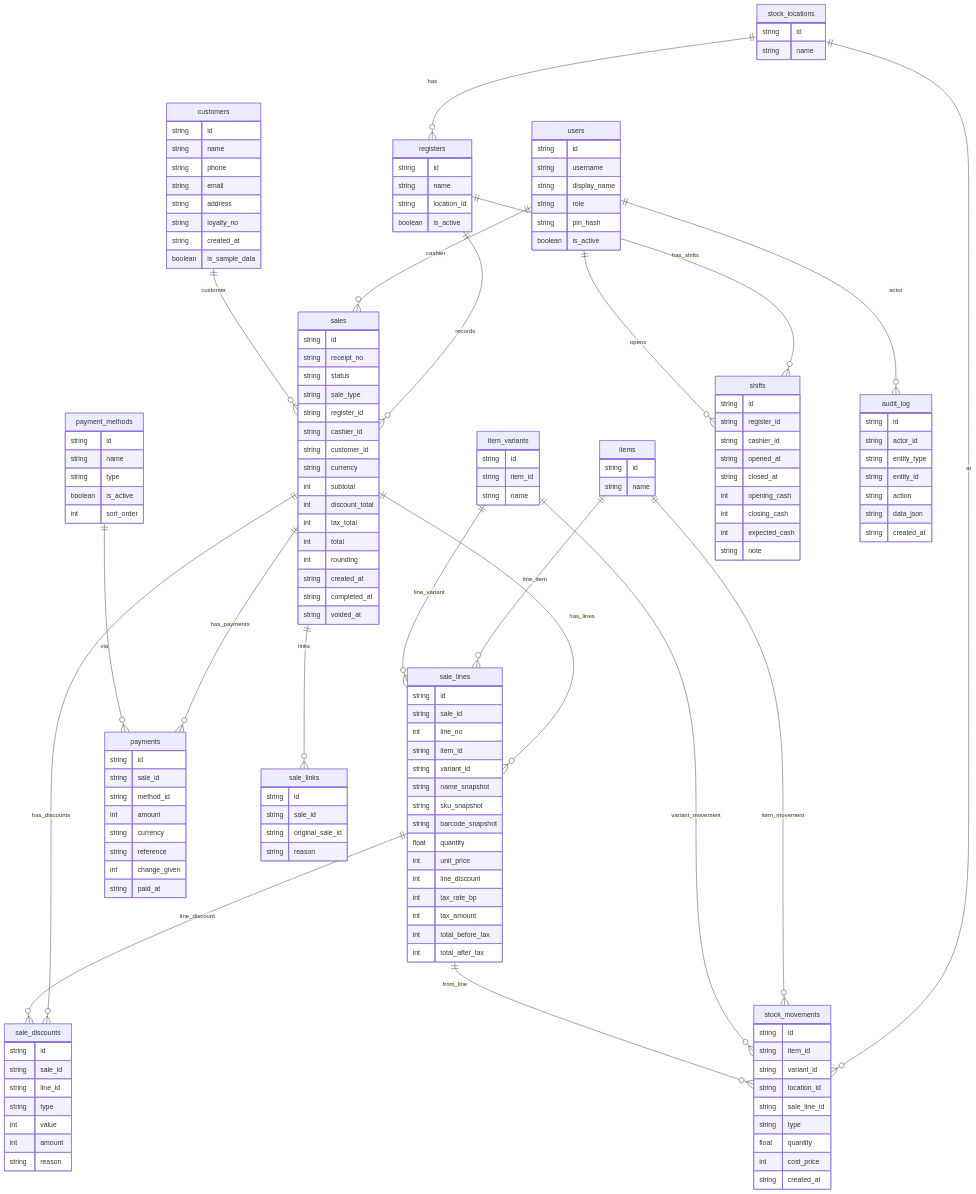
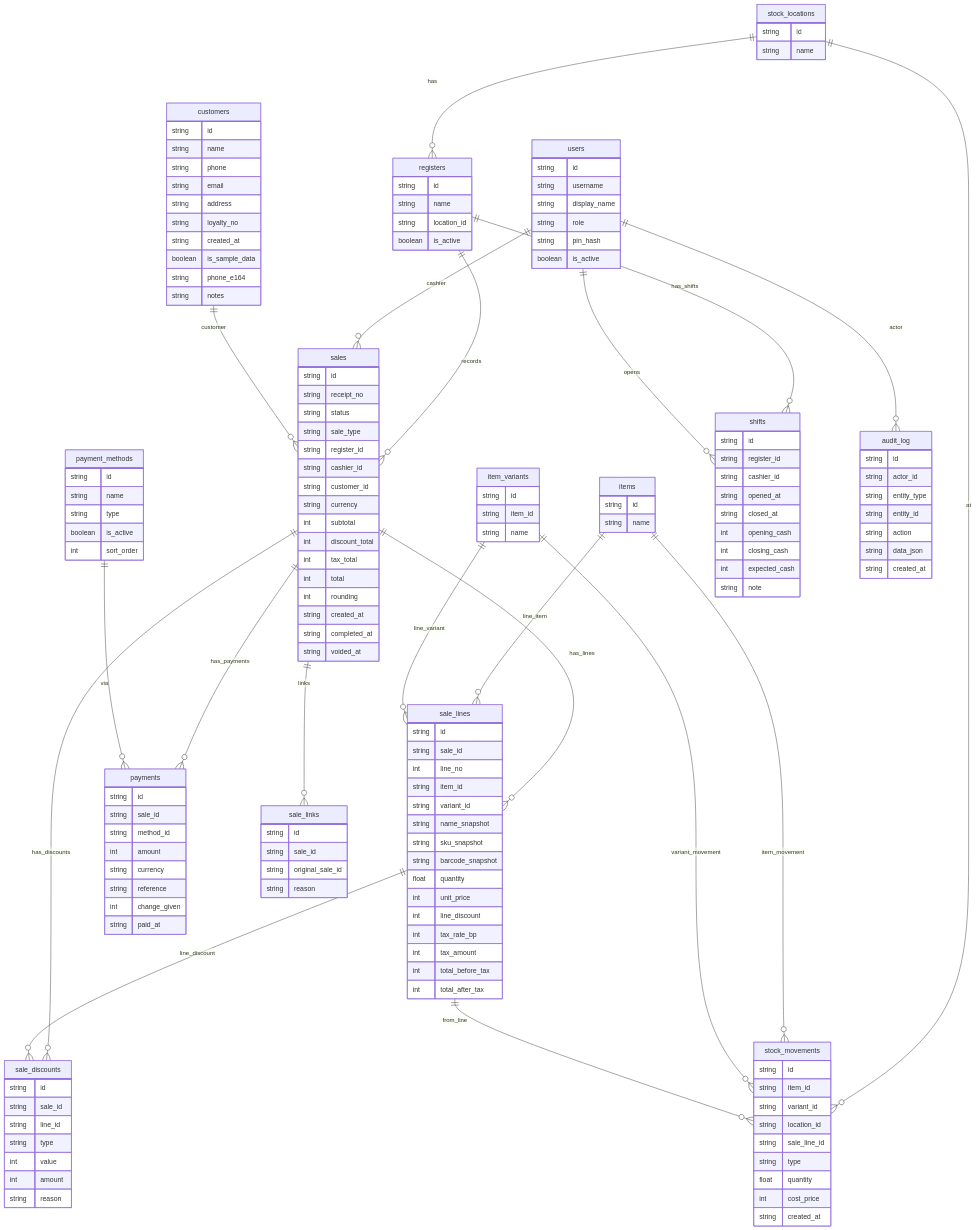
One commit to universaltill/universal-till changed the third of 4 diagrams in docs/data-model.md. Above: the diagram before and after it, drawn with Mermaid. The commit also changed other lines of this file and 14 other files, not shown here.

First line of the commit message:
customers: E.164 phone normalisation, notes, caller lookup (ut-docs#3200)

```diff
--- a/docs/data-model.md
+++ b/docs/data-model.md
@@ -353,6 +353,8 @@
         string loyalty_no
         string created_at
         boolean is_sample_data
+        string phone_e164
+        string notes
     }
 
     users {
```
